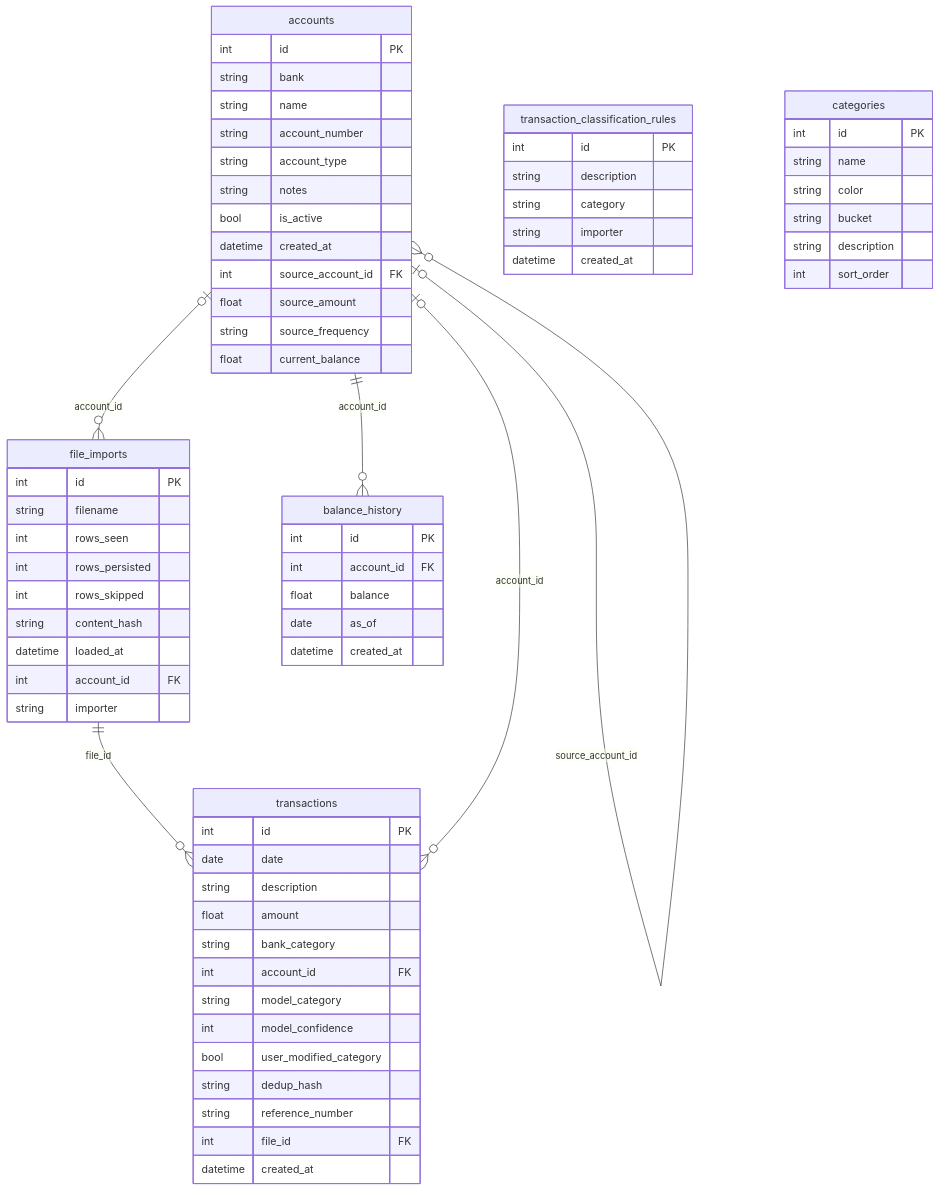
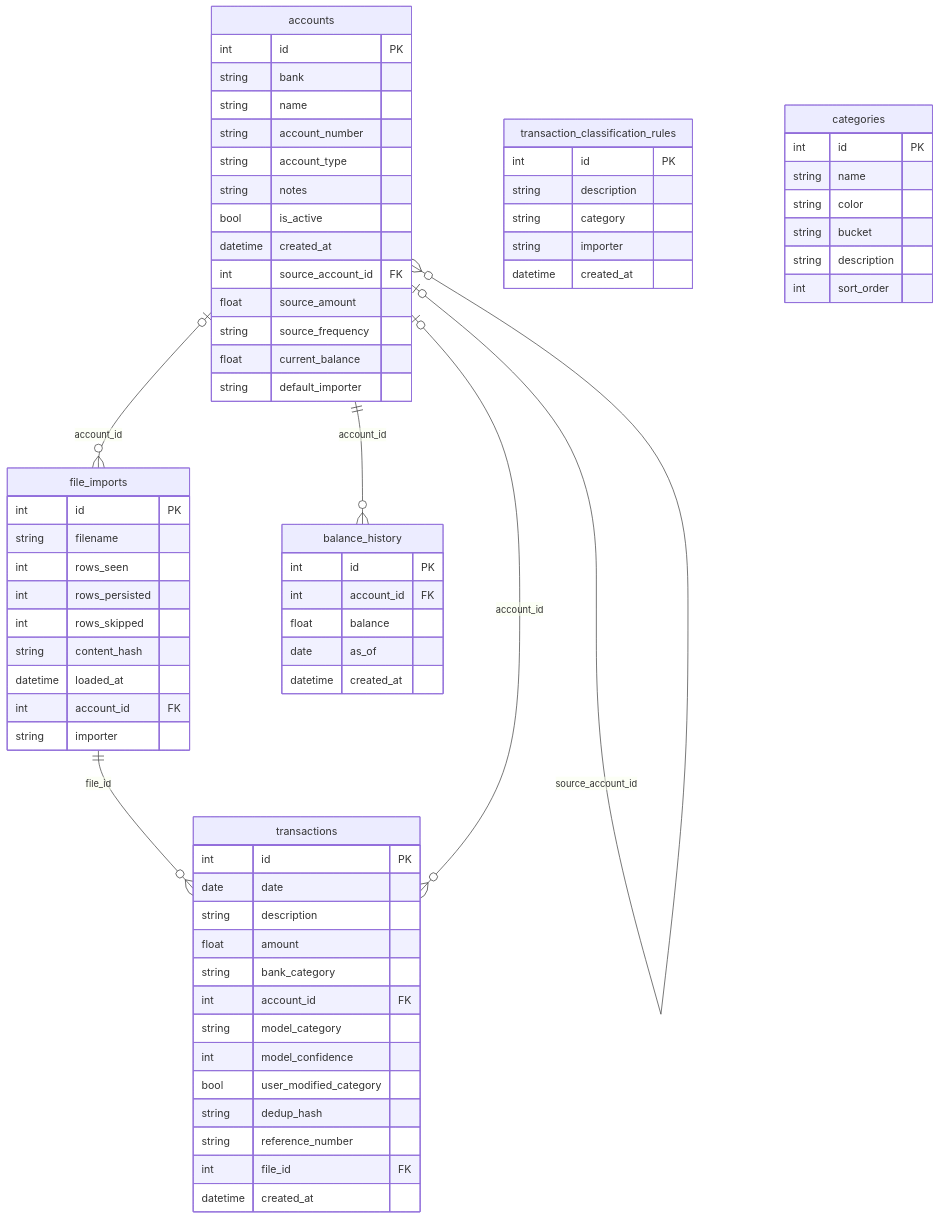
The diagram in README.md (ag-sd/faresight), drawn with Mermaid before and after one commit. The commit also changed 27 other files, not shown here.

````diff
--- a/README.md
+++ b/README.md
@@ -207,76 +207,77 @@
 ```mermaid
 erDiagram
     file_imports {
         int      id           PK
         string   filename
         int      rows_seen
         int      rows_persisted
         int      rows_skipped
         string   content_hash
         datetime loaded_at
         int      account_id   FK
         string   importer
     }
 
     accounts {
         int      id                 PK
         string   bank
         string   name
         string   account_number
         string   account_type
         string   notes
         bool     is_active
         datetime created_at
         int      source_account_id FK
         float    source_amount
         string   source_frequency
         float    current_balance
+        string   default_importer
     }
 
     transactions {
         int      id                    PK
         date     date
         string   description
         float    amount
         string   bank_category
         int      account_id            FK
         string   model_category
         int      model_confidence
         bool     user_modified_category
         string   dedup_hash
         string   reference_number
         int      file_id               FK
         datetime created_at
     }
 
     transaction_classification_rules {
         int      id          PK
         string   description
         string   category
         string   importer
         datetime created_at
     }
 
     categories {
         int      id          PK
         string   name
         string   color
         string   bucket
         string   description
         int      sort_order
     }
 
     balance_history {
         int      id         PK
         int      account_id FK
         float    balance
         date     as_of
         datetime created_at
     }
 
     file_imports  ||--o{ transactions : "file_id"
     accounts      |o--o{ transactions : "account_id"
     accounts      |o--o{ accounts     : "source_account_id"
     accounts      |o--o{ file_imports : "account_id"
     accounts      ||--o{ balance_history : "account_id"
 ```
````
